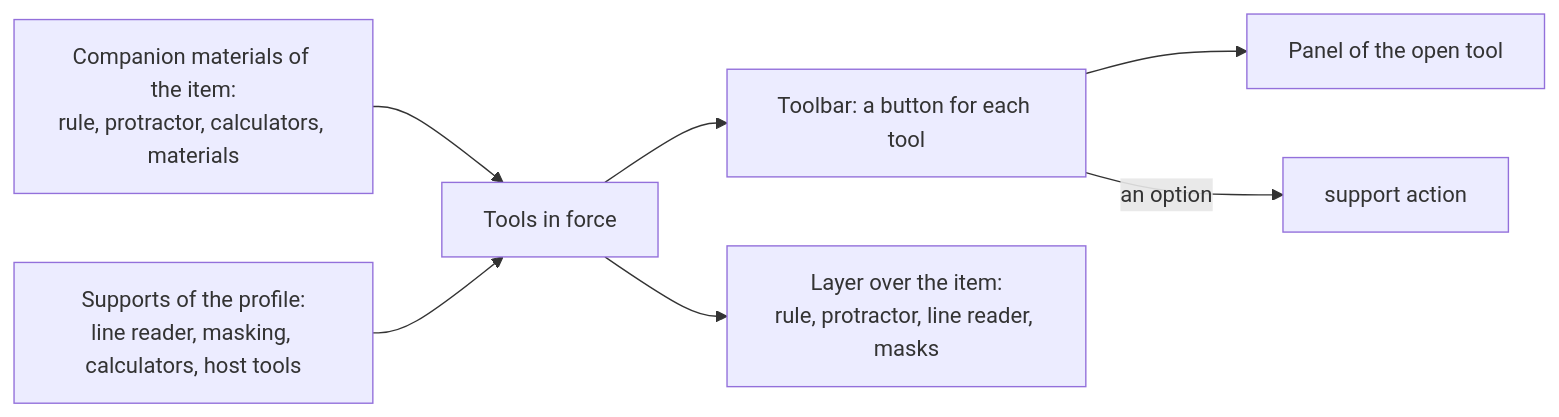
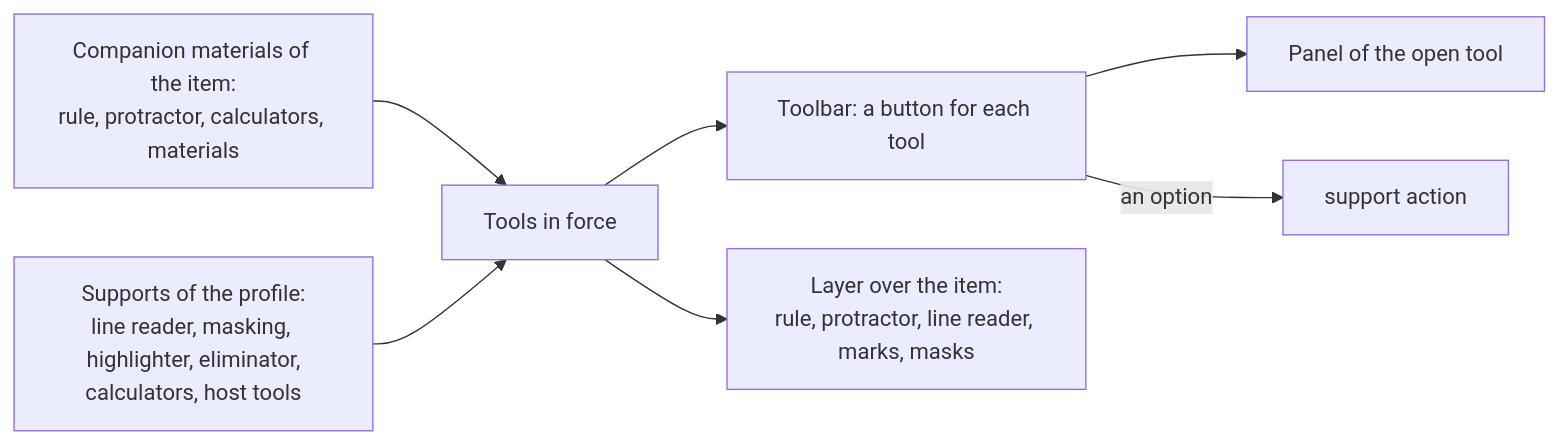
The first of 2 diagrams in docs/player/tools.md (assesskit/assesskit), drawn with Mermaid before and after one commit. The commit also changed other lines of this file and 28 other files, not shown here.

First line of the commit message:
Add a highlighter and an answer eliminator to the tools

````diff
--- a/docs/player/tools.md
+++ b/docs/player/tools.md
@@ -7,9 +7,9 @@
 ```mermaid
 flowchart LR
   companion["Companion materials of the item:<br/>rule, protractor, calculators, materials"] --> resolve["Tools in force"]
-  supports["Supports of the profile:<br/>line reader, masking, calculators, host tools"] --> resolve
+  supports["Supports of the profile:<br/>line reader, masking, highlighter, eliminator,<br/>calculators, host tools"] --> resolve
   resolve --> toolbar["Toolbar: a button for each tool"]
   toolbar --> panel["Panel of the open tool"]
-  resolve --> layer["Layer over the item:<br/>rule, protractor, line reader, masks"]
+  resolve --> layer["Layer over the item:<br/>rule, protractor, line reader, marks, masks"]
   toolbar -- "an option" --> action["support action"]
 ```
````
